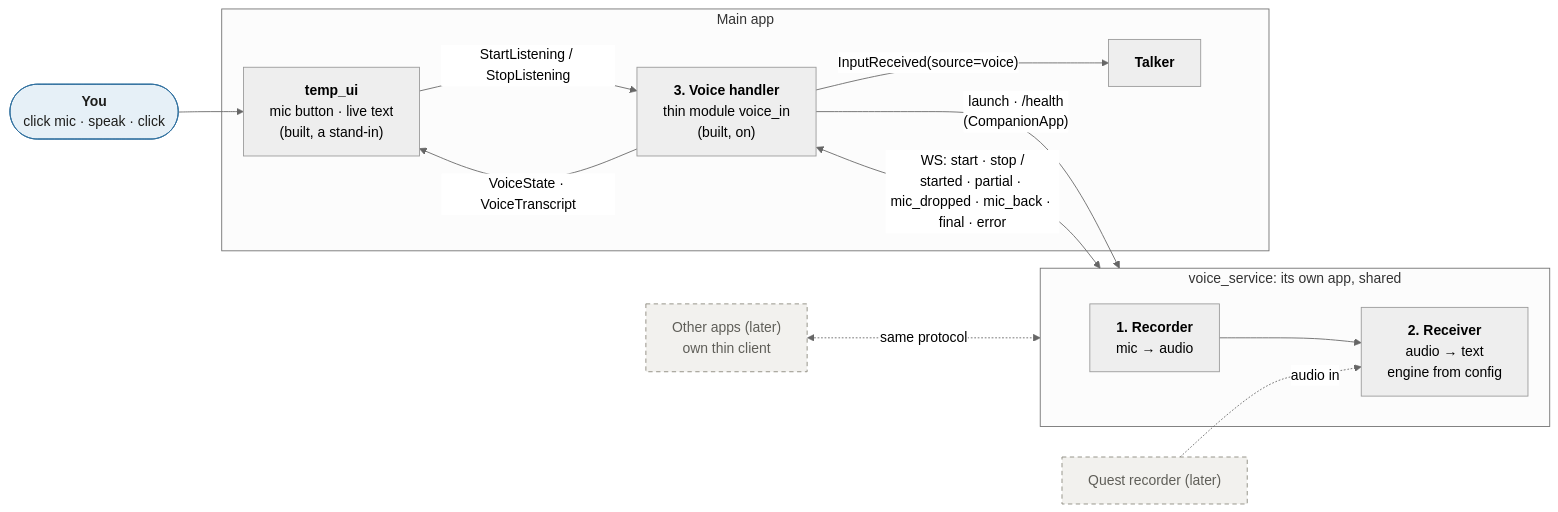
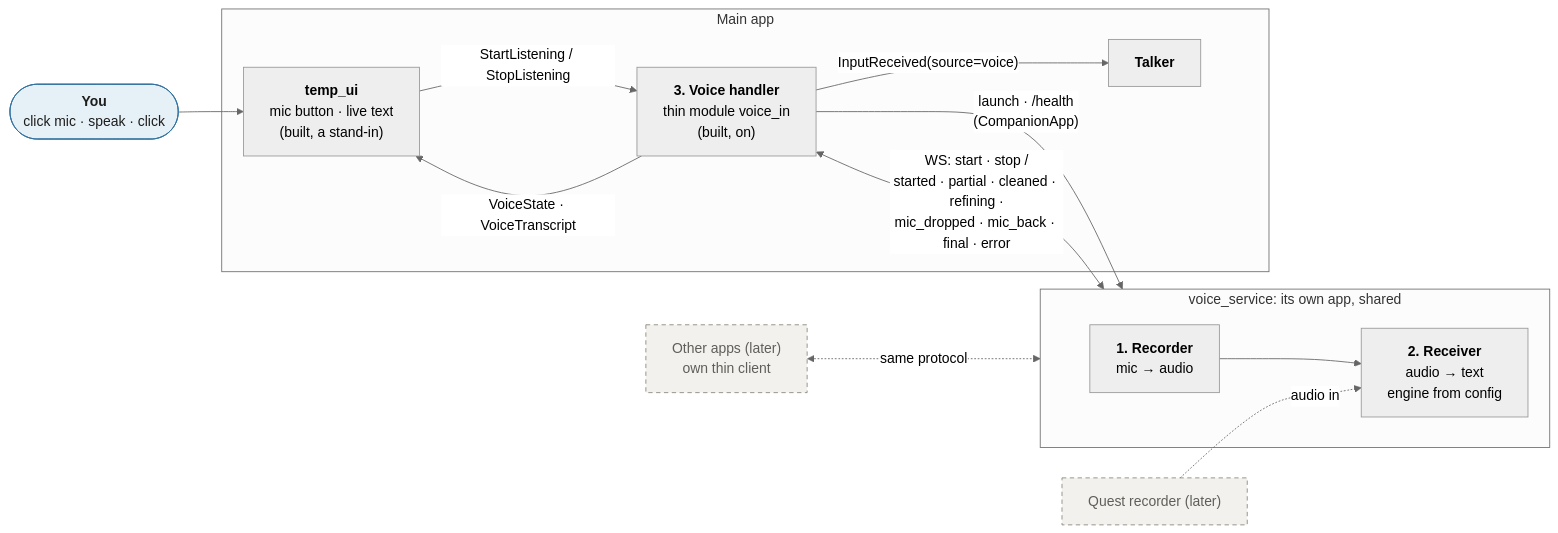
The first of 6 diagrams in docs/architecture/voice.md (sharramon/AI_Assistant), drawn with Mermaid (neutral theme) before and after one commit. The commit also changed other lines of this file and 35 other files, not shown here.

Commit message:
Docs: module pages, module library, architecture and API updates

````diff
--- a/docs/architecture/voice.md
+++ b/docs/architecture/voice.md
@@ -33,30 +46,30 @@
 ```mermaid
 flowchart LR
     You(["<b>You</b><br/>click mic · speak · click"])
     subgraph Svc["voice_service: its own app, shared"]
         Rec["<b>1. Recorder</b><br/>mic → audio"]
         Eng["<b>2. Receiver</b><br/>audio → text<br/>engine from config"]
         Rec --> Eng
     end
     subgraph Main["Main app"]
         UI["<b>temp_ui</b><br/>mic button · live text<br/>(built, a stand-in)"]
         Handler["<b>3. Voice handler</b><br/>thin module voice_in<br/>(built, on)"]
         Talker["<b>Talker</b>"]
     end
     Other["Other apps (later)<br/>own thin client"]
     Quest["Quest recorder (later)"]
     You --> UI
     UI -- "StartListening / StopListening" --> Handler
     Handler -- "launch · /health<br/>(CompanionApp)" --> Svc
-    Handler <-- "WS: start · stop /<br/>started · partial · mic_dropped · mic_back · final · error" --> Svc
+    Handler <-- "WS: start · stop /<br/>started · partial · cleaned · refining ·<br/>mic_dropped · mic_back · final · error" --> Svc
     Handler -- "VoiceState · VoiceTranscript" --> UI
     Handler -- "InputReceived(source=voice)" --> Talker
     Other <-. "same protocol" .-> Svc
     Quest -. "audio in" .-> Eng
 
     classDef planned fill:#efeaf7,stroke:#6b4fa0,color:#1d1d1b
     classDef later fill:#f2f1ee,stroke:#8a877c,stroke-dasharray:5 4,color:#5f5e58
     classDef person fill:#e6f0f7,stroke:#2f6f9f,color:#1d1d1b
     class Other,Quest later
     class You person
 ```
````
